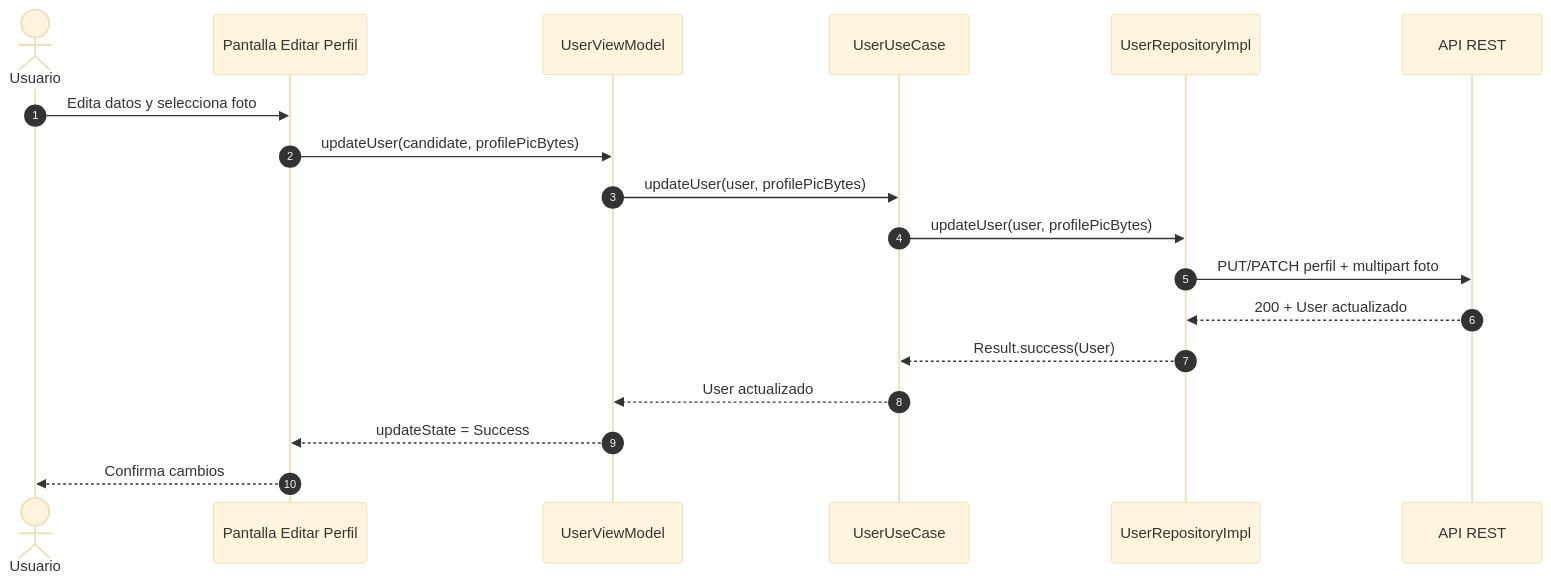
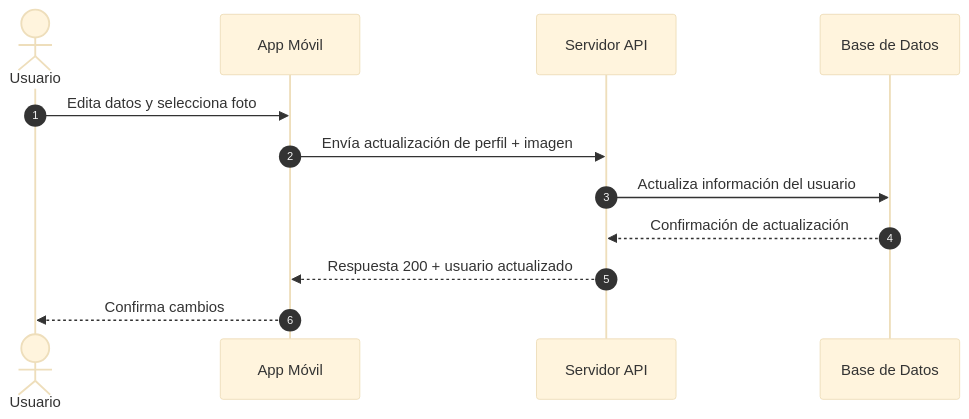
The second of 12 diagrams in docs/SEQUENCE_DIAGRAMS.md (asobrados03/HumanPerformApp), drawn with Mermaid (base theme) before and after one commit. The commit also changed other lines of this file, not shown here.

Commit message:
Ajustar diagrama de métodos de pago para usar Stripe

````diff
--- a/docs/SEQUENCE_DIAGRAMS.md
+++ b/docs/SEQUENCE_DIAGRAMS.md
@@ -31,21 +27,15 @@
 ```mermaid
 sequenceDiagram
     autonumber
     actor U as Usuario
-    participant UI as Pantalla Editar Perfil
-    participant VM as UserViewModel
-    participant UC as UserUseCase
-    participant REPO as UserRepositoryImpl
-    participant API as API REST
+    participant APP as App Móvil
+    participant API as Servidor API
+    participant DB as Base de Datos
 
-    U->>UI: Edita datos y selecciona foto
-    UI->>VM: updateUser(candidate, profilePicBytes)
-    VM->>UC: updateUser(user, profilePicBytes)
-    UC->>REPO: updateUser(user, profilePicBytes)
-    REPO->>API: PUT/PATCH perfil + multipart foto
-    API-->>REPO: 200 + User actualizado
-    REPO-->>UC: Result.success(User)
-    UC-->>VM: User actualizado
-    VM-->>UI: updateState = Success
-    UI-->>U: Confirma cambios
+    U->>APP: Edita datos y selecciona foto
+    APP->>API: Envía actualización de perfil + imagen
+    API->>DB: Actualiza información del usuario
+    DB-->>API: Confirmación de actualización
+    API-->>APP: Respuesta 200 + usuario actualizado
+    APP-->>U: Confirma cambios
 ```
````
